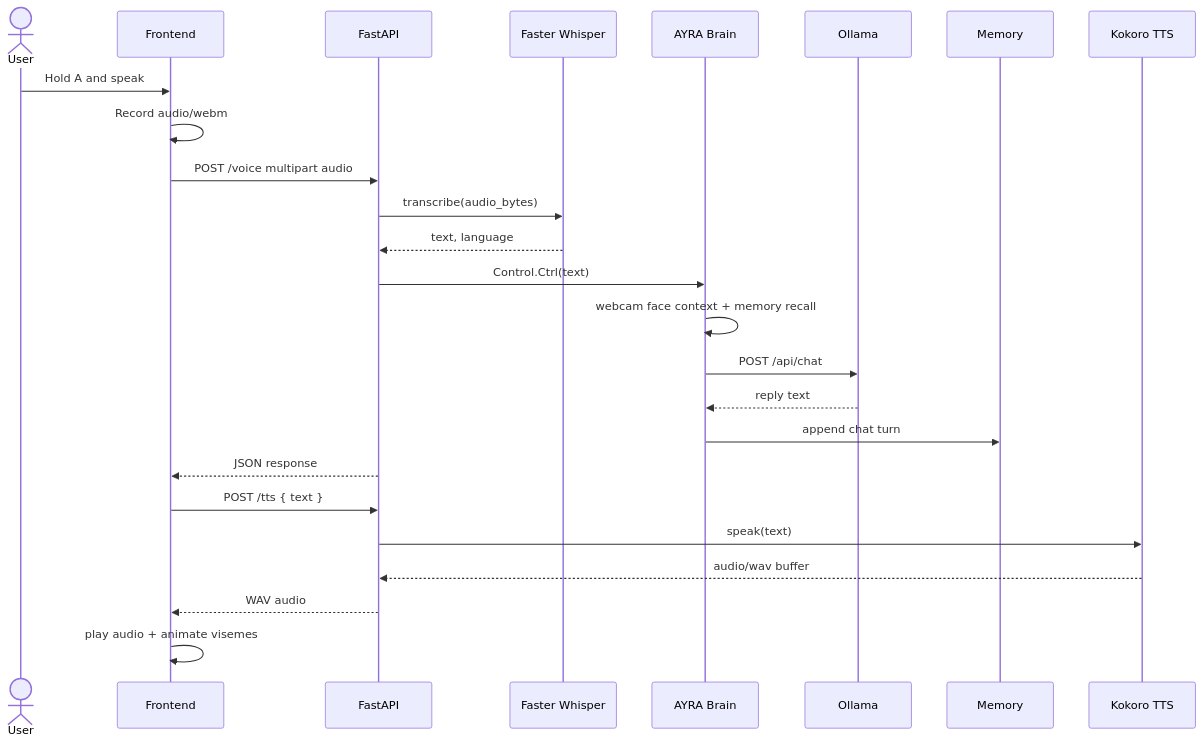
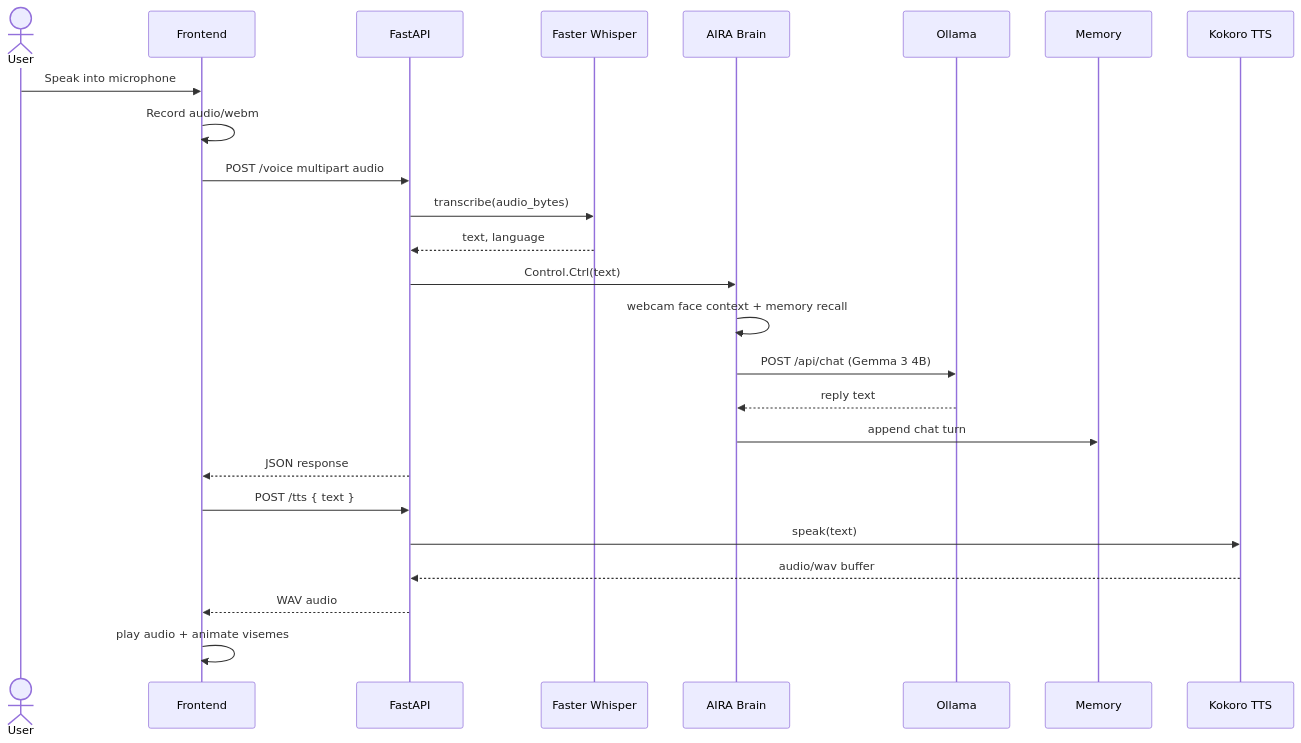
One commit to Yadhu10nm/Aira_v4 changed the second of 2 diagrams in README.md. Above: the diagram before and after it, drawn with Mermaid. The commit also changed other lines of this file and 17 other files, not shown here.

````diff
--- a/README.md
+++ b/README.md
@@ -83,28 +74,28 @@
 ```mermaid
 sequenceDiagram
     actor U as User
     participant F as Frontend
     participant API as FastAPI
     participant STT as Faster Whisper
-    participant B as AYRA Brain
+    participant B as AIRA Brain
     participant O as Ollama
     participant M as Memory
     participant K as Kokoro TTS
 
-    U->>F: Hold A and speak
+    U->>F: Speak into microphone
     F->>F: Record audio/webm
     F->>API: POST /voice multipart audio
     API->>STT: transcribe(audio_bytes)
     STT-->>API: text, language
     API->>B: Control.Ctrl(text)
     B->>B: webcam face context + memory recall
-    B->>O: POST /api/chat
+    B->>O: POST /api/chat (Gemma 3 4B)
     O-->>B: reply text
     B->>M: append chat turn
     API-->>F: JSON response
     F->>API: POST /tts { text }
     API->>K: speak(text)
     K-->>API: audio/wav buffer
     API-->>F: WAV audio
     F->>F: play audio + animate visemes
 ```
````
